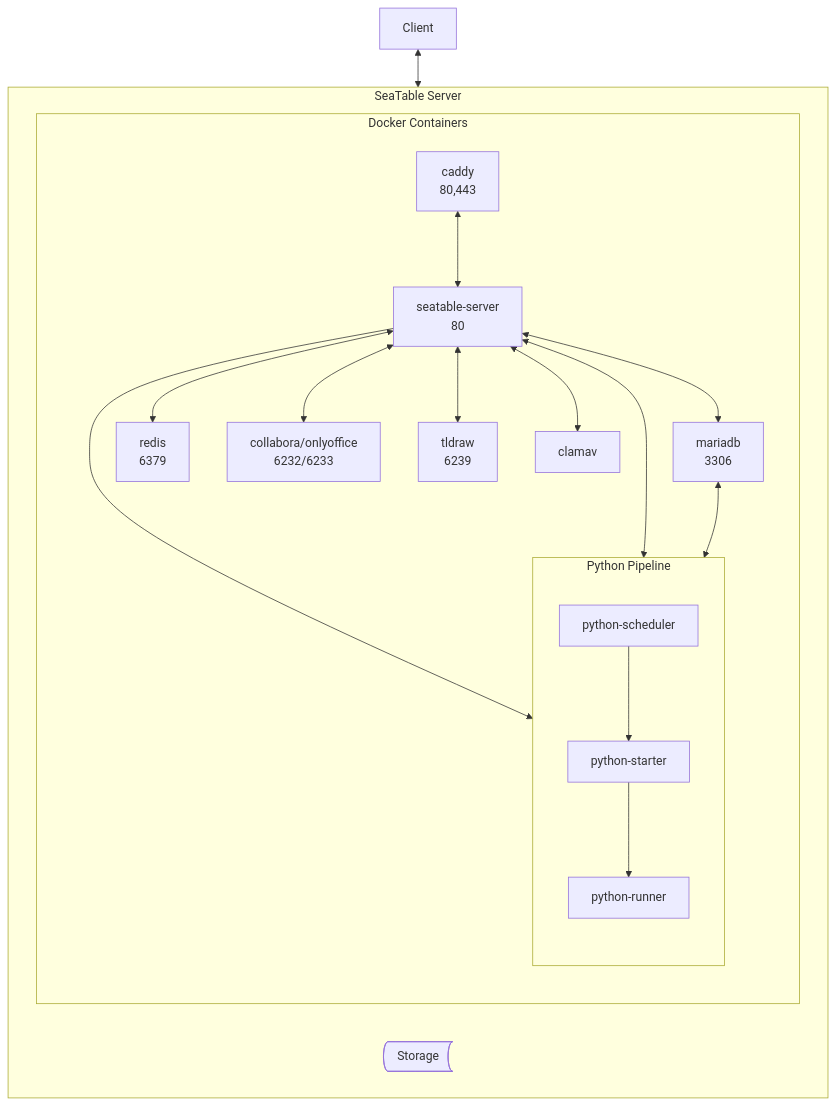
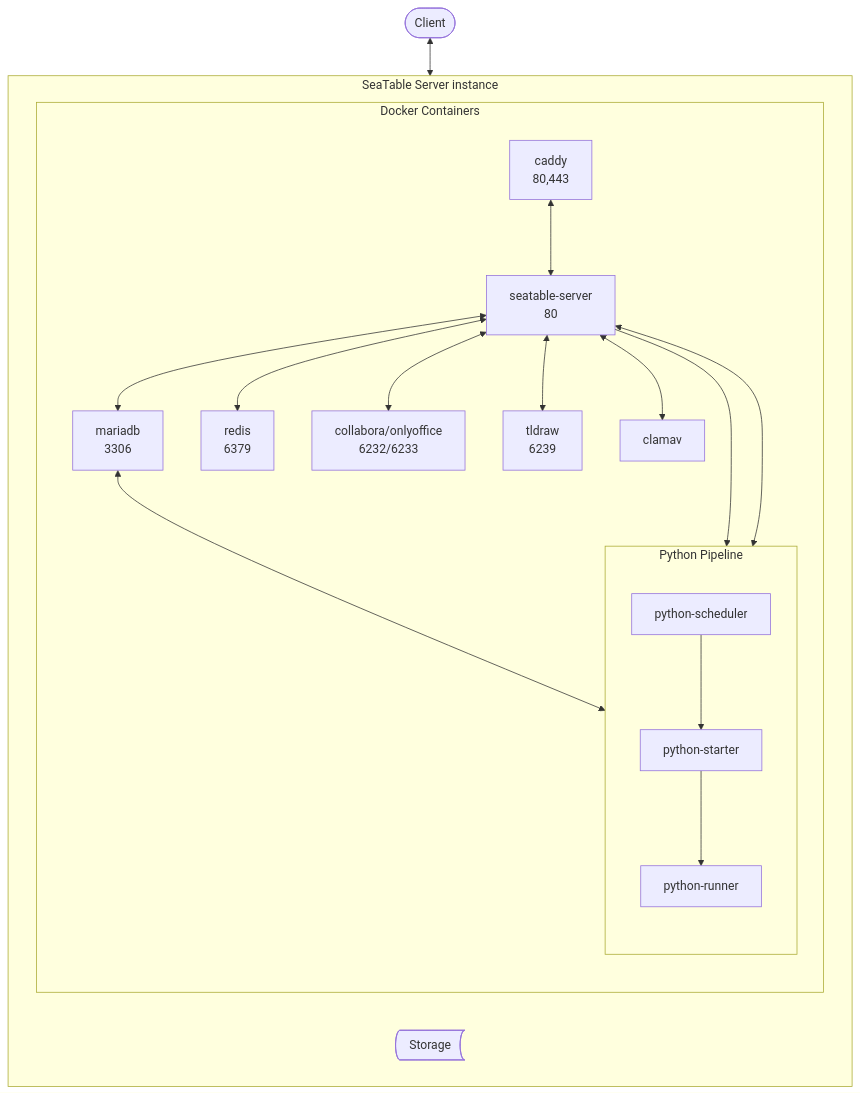
Before and after one commit to seatable/seatable-admin-docs: the second of 3 diagrams in docs/introduction/architecture.md, drawn with Mermaid. The commit also changed other lines of this file, not shown here.

Commit message:
Updated architecture diagrams

````diff
--- a/docs/introduction/architecture.md
+++ b/docs/introduction/architecture.md
@@ -32,35 +33,36 @@
 ```mermaid
 flowchart TB
+    Client@{ shape: pill, label: "Client"}
     Client<-->C
-    subgraph SeaTable Server
+    subgraph s[SeaTable Server instance]
         direction LR
-        subgraph Docker Containers
+        subgraph d[Docker Containers]
             direction TB
             C[caddy<br/>80,443]
             SS[seatable-server<br/>80]
             MDB[mariadb<br/>3306]
             R[redis<br/>6379]
             OO[collabora/onlyoffice<br/>6232/6233]
             Tld[tldraw<br/>6239]
             CAV[clamav<br/>]
             PSc[python-scheduler]
             PSt[python-starter]
             PR[python-runner]
             C<-->SS
             SS<-->MDB
+            MDB<-->PSc
+               subgraph p[Python Pipeline]
+                  direction TB
+                  PSc-->PSt
+                  PSt-->PR
+               end
             SS<-->R
             SS<-->OO
             SS<-->Tld
             SS<-->CAV
             SS-->PSc
             SS<-->PR
-            MDB<-->PSc
-               subgraph p[Python Pipeline]
-                  direction TB
-                  PSc-->PSt
-                  PSt-->PR
-               end
         end
         F@{ shape: bow-rect, label: "Storage"}
     end
 ```
````
